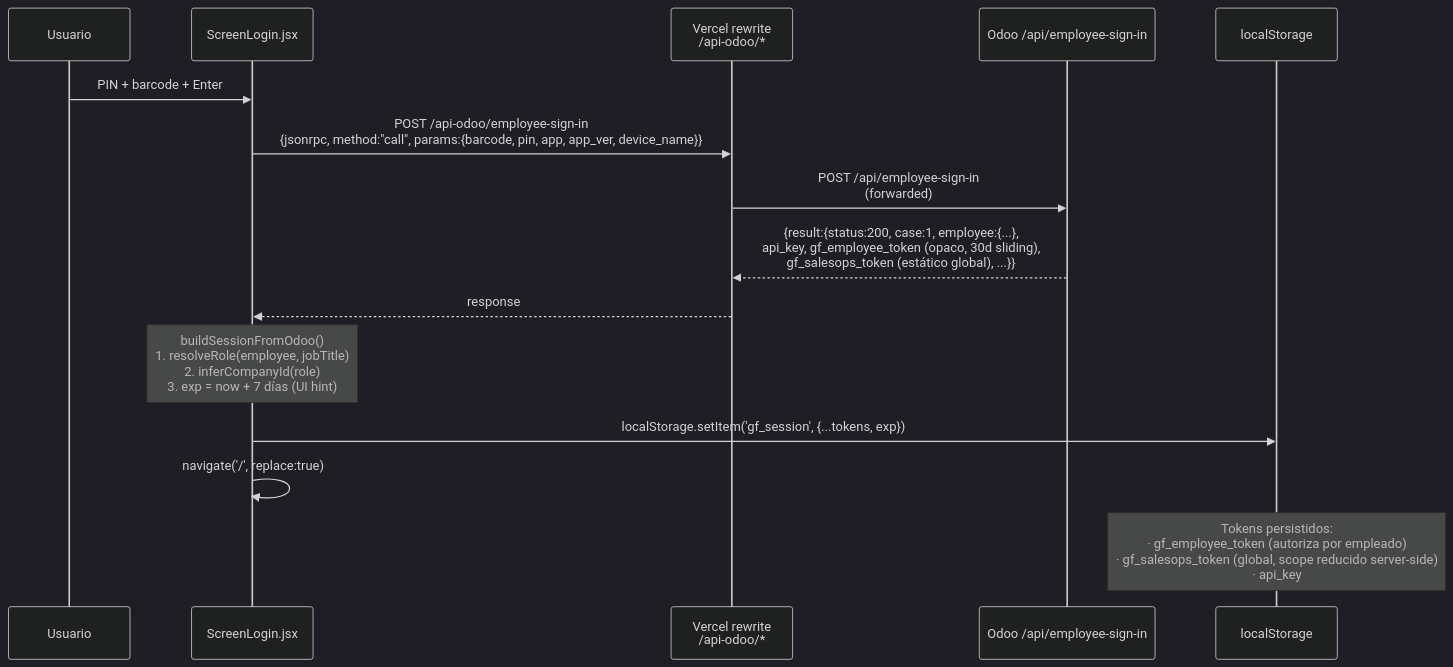
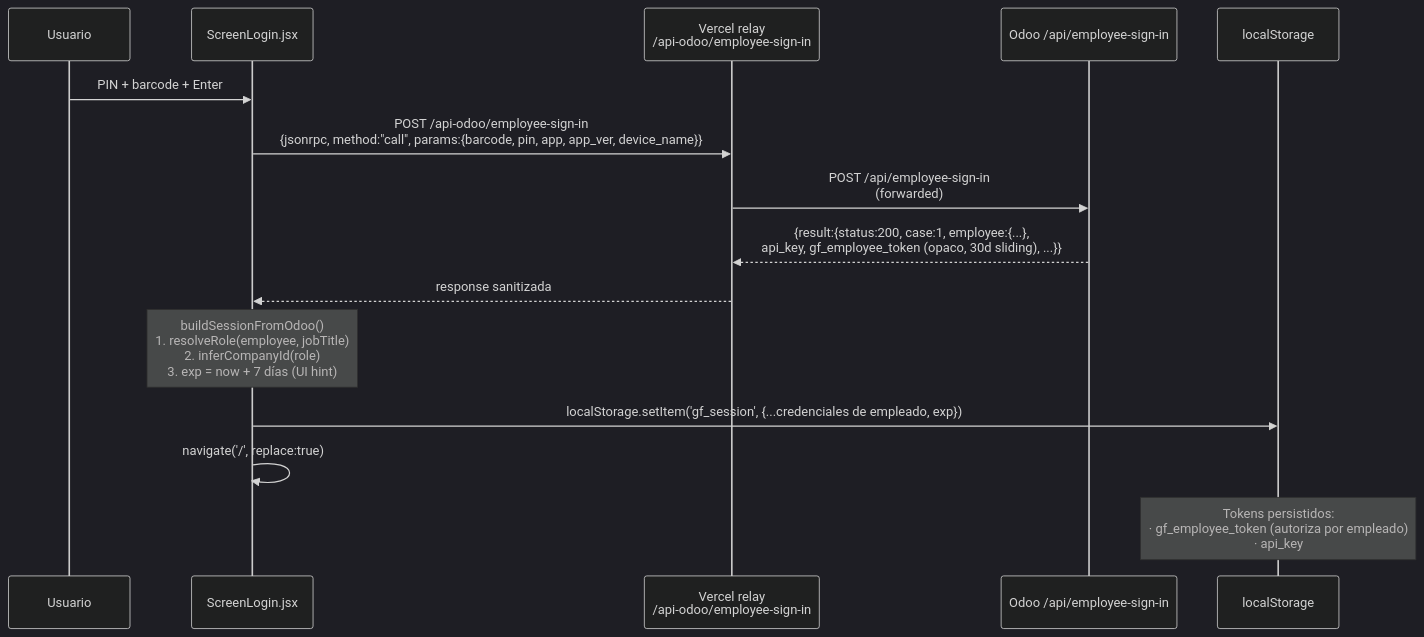
The third of 5 diagrams in docs/CODE_MANUAL.md (grupofrio/colaboradores-pwa), drawn with Mermaid (dark theme) before and after one commit. The commit also changed other lines of this file and 8 other files, not shown here.

Commit message:
fix: keep SalesOps token server-side

````diff
--- a/docs/CODE_MANUAL.md
+++ b/docs/CODE_MANUAL.md
@@ -217,19 +217,19 @@
 ```mermaid
 sequenceDiagram
   participant U as Usuario
   participant L as ScreenLogin.jsx
-  participant V as Vercel rewrite<br/>/api-odoo/*
+  participant V as Vercel relay<br/>/api-odoo/employee-sign-in
   participant O as Odoo /api/employee-sign-in
   participant LS as localStorage
 
   U->>L: PIN + barcode + Enter
   L->>V: POST /api-odoo/employee-sign-in<br/>{jsonrpc, method:"call", params:{barcode, pin, app, app_ver, device_name}}
   V->>O: POST /api/employee-sign-in<br/>(forwarded)
-  O-->>V: {result:{status:200, case:1, employee:{...},<br/>api_key, gf_employee_token (opaco, 30d sliding),<br/>gf_salesops_token (estático global), ...}}
-  V-->>L: response
+  O-->>V: {result:{status:200, case:1, employee:{...},<br/>api_key, gf_employee_token (opaco, 30d sliding), ...}}
+  V-->>L: response sanitizada
   Note over L: buildSessionFromOdoo()<br/>1. resolveRole(employee, jobTitle)<br/>2. inferCompanyId(role)<br/>3. exp = now + 7 días (UI hint)
-  L->>LS: localStorage.setItem('gf_session', {...tokens, exp})
+  L->>LS: localStorage.setItem('gf_session', {...credenciales de empleado, exp})
   L->>L: navigate('/', replace:true)
 
-  Note over LS: Tokens persistidos:<br/>· gf_employee_token (autoriza por empleado)<br/>· gf_salesops_token (global, scope reducido server-side)<br/>· api_key
+  Note over LS: Tokens persistidos:<br/>· gf_employee_token (autoriza por empleado)<br/>· api_key
 ```
````
